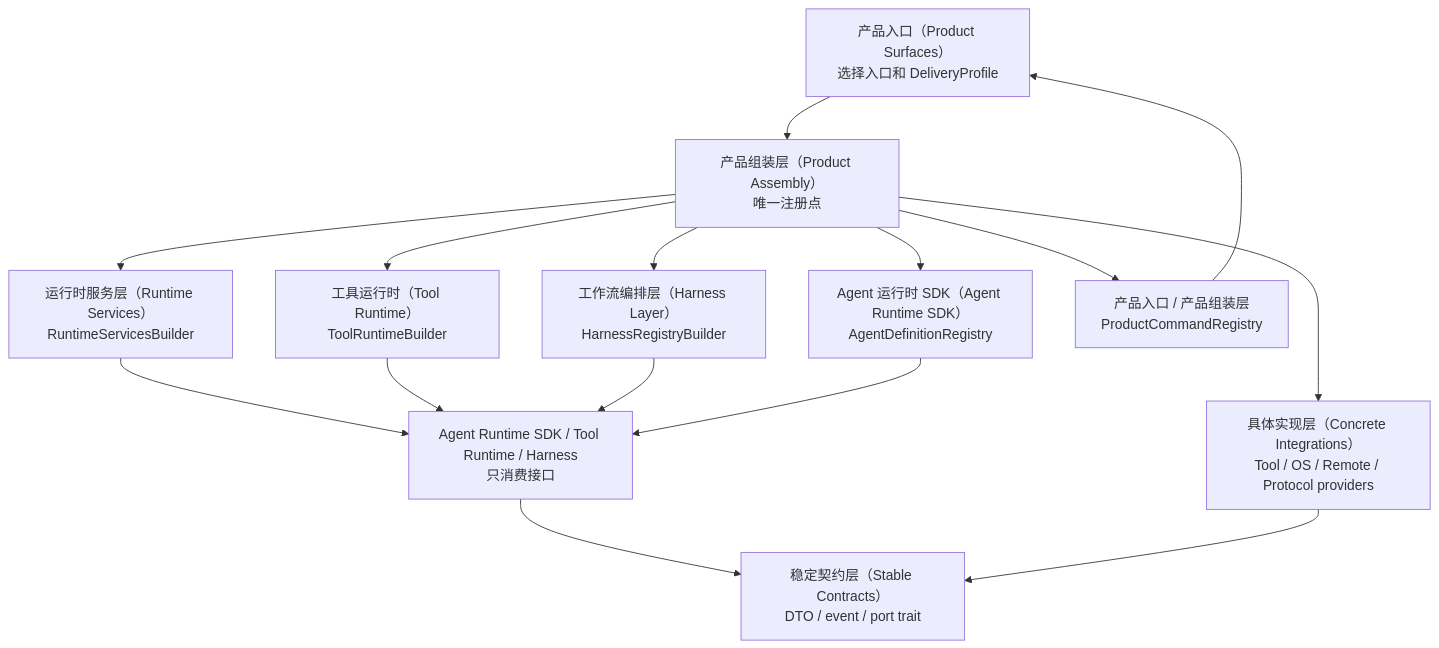
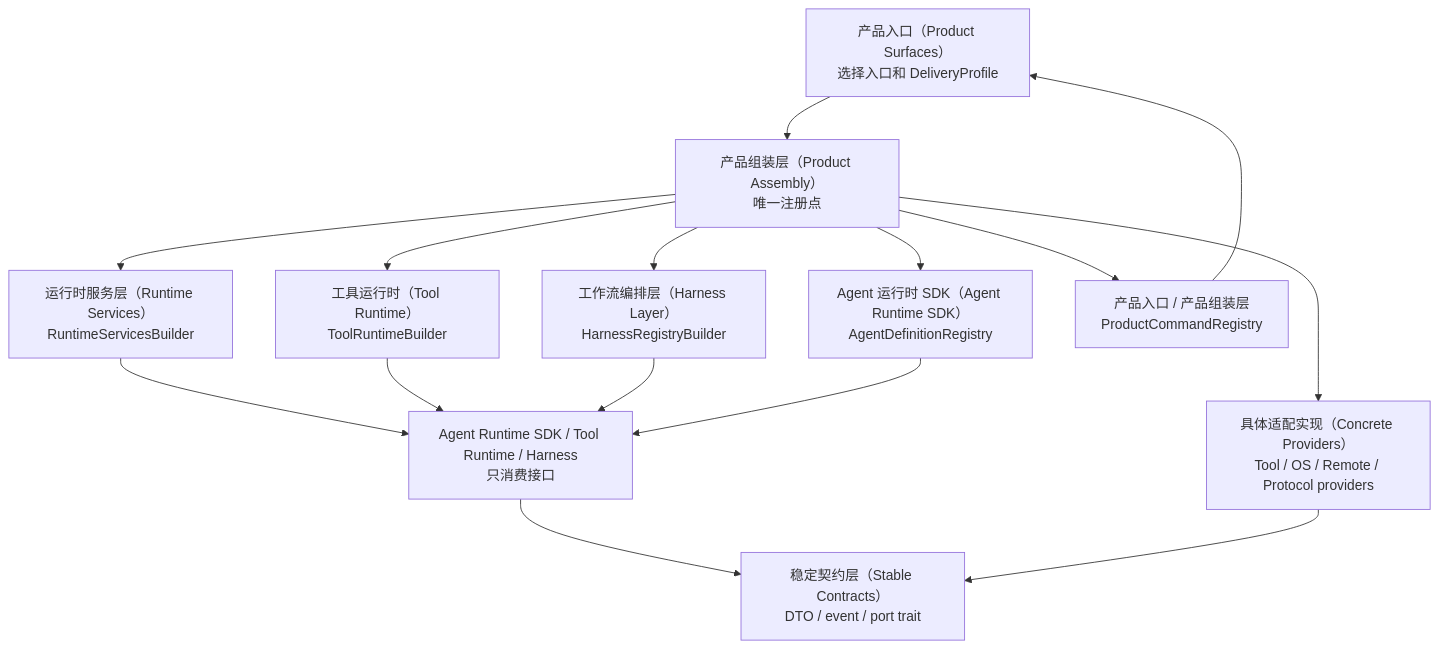
Before and after one commit to 1688mengdie/BitFun: the third of 3 diagrams in docs/architecture/core-decomposition.md, drawn with Mermaid. The commit also changed other lines of this file and 1386 other files, not shown here.

````diff
--- a/docs/architecture/core-decomposition.md
+++ b/docs/architecture/core-decomposition.md
@@ -308,28 +308,28 @@
 ```mermaid
 flowchart TB
   Surface["产品入口（Product Surfaces）<br/>选择入口和 DeliveryProfile"]
   Assembly["产品组装层（Product Assembly）<br/>唯一注册点"]
   ServiceBuilder["运行时服务层（Runtime Services）<br/>RuntimeServicesBuilder"]
   ToolBuilder["工具运行时（Tool Runtime）<br/>ToolRuntimeBuilder"]
   HarnessBuilder["工作流编排层（Harness Layer）<br/>HarnessRegistryBuilder"]
   AgentRegistry["Agent 运行时 SDK（Agent Runtime SDK）<br/>AgentDefinitionRegistry"]
   CommandRegistry["产品入口 / 产品组装层<br/>ProductCommandRegistry"]
   Runtime["Agent Runtime SDK / Tool Runtime / Harness<br/>只消费接口"]
-  Impl["具体实现层（Concrete Integrations）<br/>Tool / OS / Remote / Protocol providers"]
+  Impl["具体适配实现（Concrete Providers）<br/>Tool / OS / Remote / Protocol providers"]
   Contracts["稳定契约层（Stable Contracts）<br/>DTO / event / port trait"]
 
   Surface --> Assembly
   Assembly --> ServiceBuilder
   Assembly --> ToolBuilder
   Assembly --> HarnessBuilder
   Assembly --> AgentRegistry
   Assembly --> CommandRegistry
   Assembly --> Impl
   ServiceBuilder --> Runtime
   ToolBuilder --> Runtime
   HarnessBuilder --> Runtime
   AgentRegistry --> Runtime
   CommandRegistry --> Surface
   Runtime --> Contracts
   Impl --> Contracts
 ```
````
